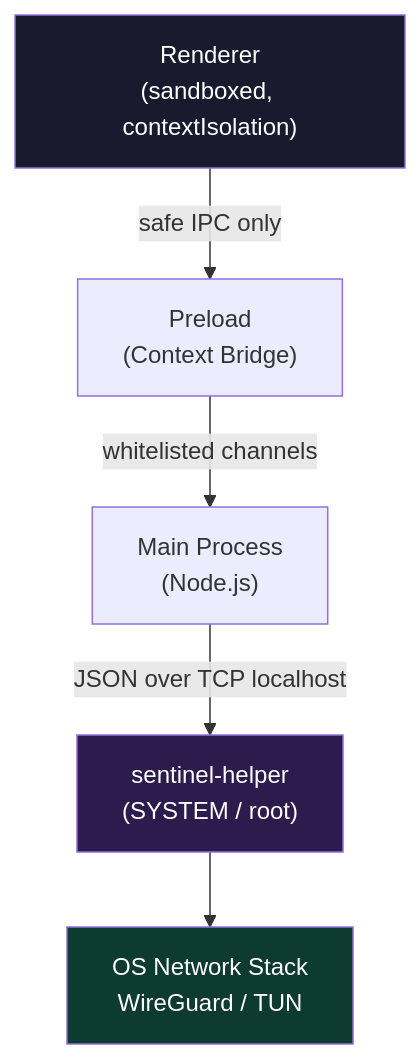
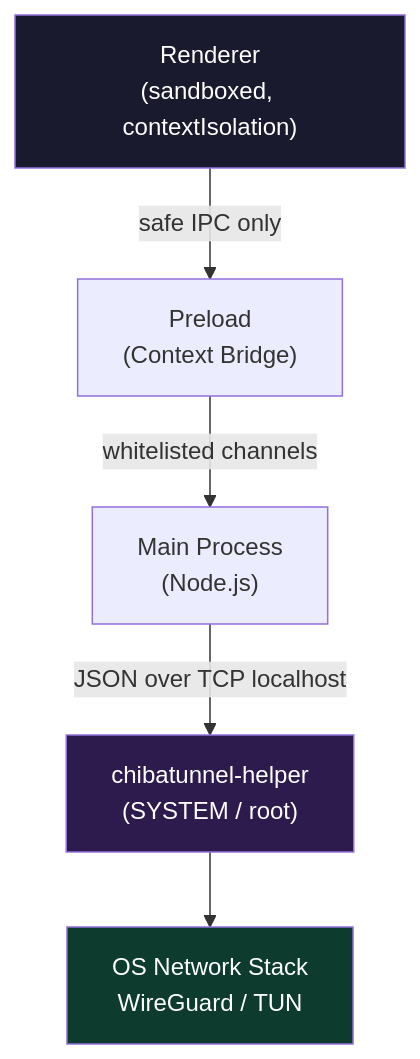
One commit to Tkd-Alex/ChibaTunnel changed the third of 3 diagrams in README.md. Above: the diagram before and after it, drawn with Mermaid. The commit also changed other lines of this file and 17 other files, not shown here.

Commit message:
feat: replace SentinelHelper with ChibaTunnelHelper

````diff
--- a/README.md
+++ b/README.md
@@ -199,17 +199,17 @@
 ```mermaid
 graph TD
   R["Renderer\n(sandboxed, contextIsolation)"]
   P["Preload\n(Context Bridge)"]
   M["Main Process\n(Node.js)"]
-  H["sentinel-helper\n(SYSTEM / root)"]
+  H["chibatunnel-helper\n(SYSTEM / root)"]
   OS["OS Network Stack\nWireGuard / TUN"]
 
   R -->|"safe IPC only"| P
   P -->|"whitelisted channels"| M
   M -->|"JSON over TCP localhost"| H
   H --> OS
 
   style R fill:#1a1a2e,color:#fff
   style H fill:#2d1b4e,color:#fff
   style OS fill:#0d3b2e,color:#fff
 ```
````
